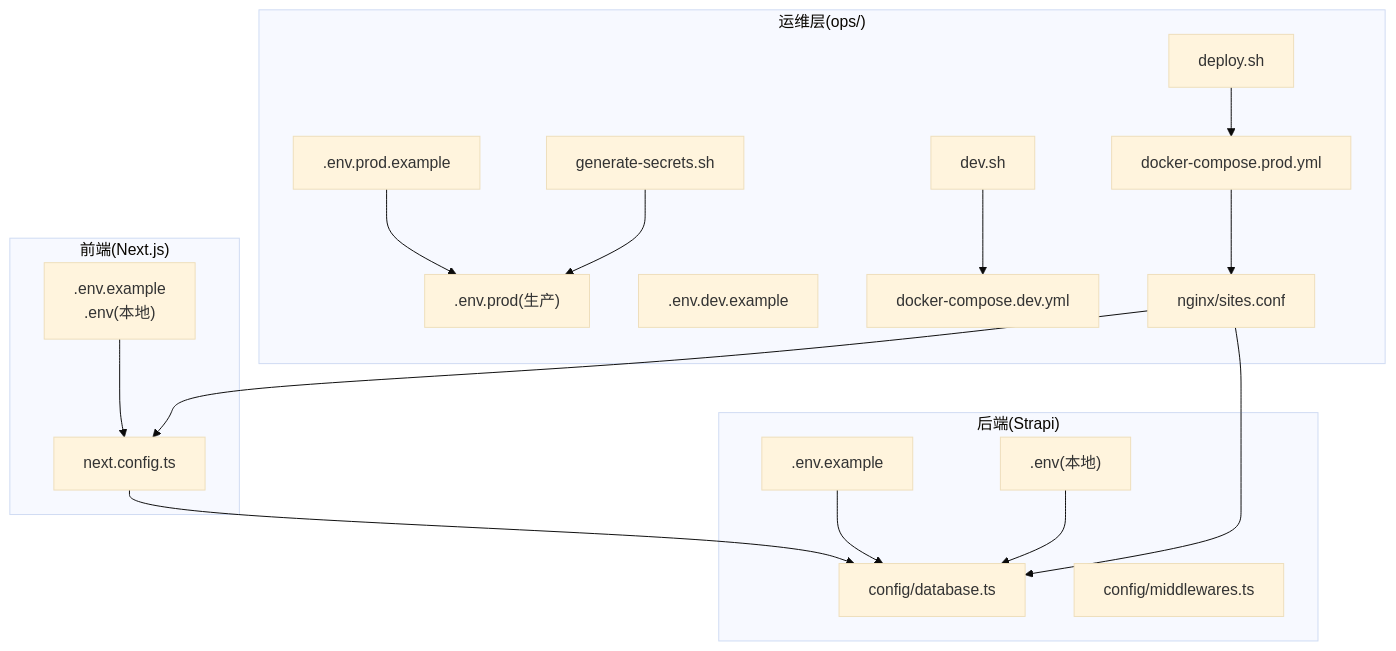
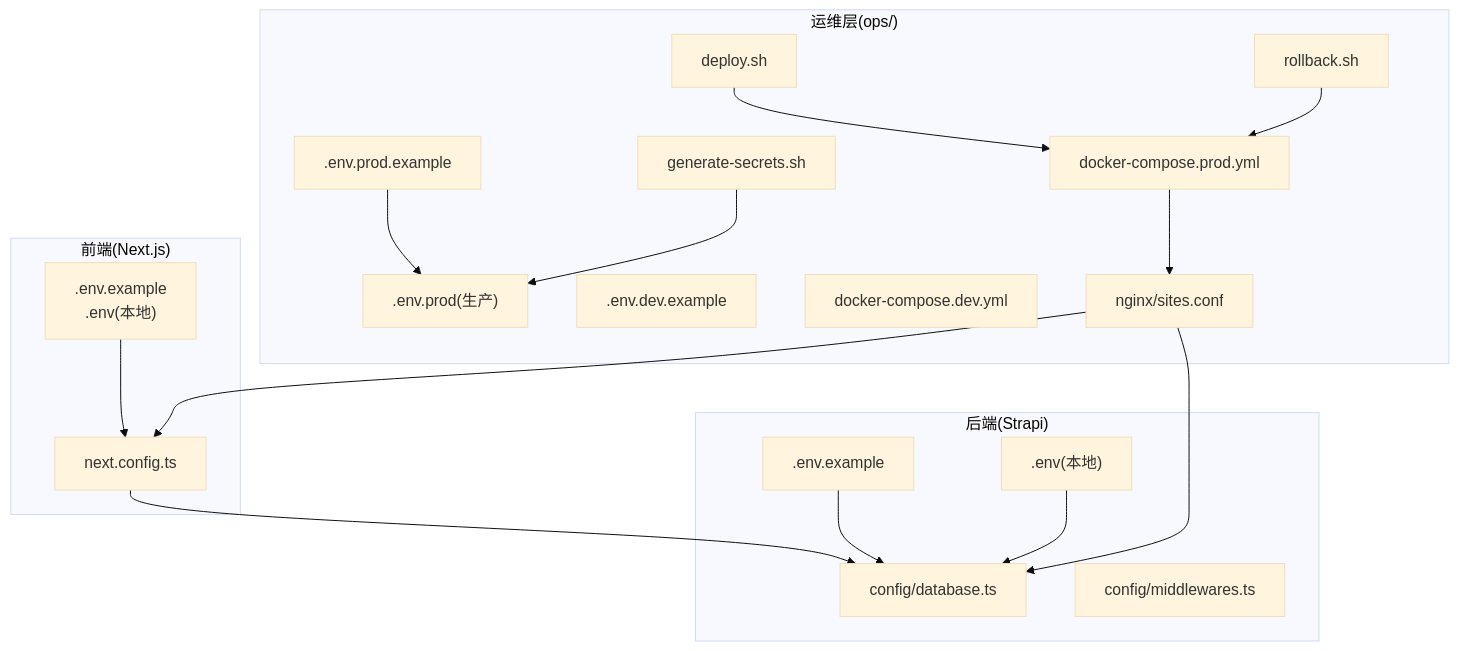
One commit to Will0253/zczk changed the first of 7 diagrams in .qoder/repowiki/zh/content/部署和运维/环境分离策略/环境变量管理.md. Above: the diagram before and after it, drawn with Mermaid (base theme). The commit also changed other lines of this file and 13 other files, not shown here.

````diff
--- a/.qoder/repowiki/zh/content/部署和运维/环境分离策略/环境变量管理.md
+++ b/.qoder/repowiki/zh/content/部署和运维/环境分离策略/环境变量管理.md
@@ -46,35 +52,35 @@
 ```mermaid
 graph TB
 subgraph "前端(Next.js)"
 FE_ENV[".env.example<br/>.env(本地)"]
 FE_CFG["next.config.ts"]
 end
 subgraph "后端(Strapi)"
 BE_EXAMPLE[".env.example"]
 BE_LOCAL[".env(本地)"]
 BE_DB["config/database.ts"]
 BE_MW["config/middlewares.ts"]
 end
 subgraph "运维层(ops/)"
 OPS_PROD_EXAMPLE[".env.prod.example"]
 OPS_PROD[".env.prod(生产)"]
 OPS_DEV_EXAMPLE[".env.dev.example"]
 OPS_GEN["generate-secrets.sh"]
 OPS_DEPLOY["deploy.sh"]
-OPS_DEV["dev.sh"]
+OPS_ROLLBACK["rollback.sh"]
 DOCKER_DEV["docker-compose.dev.yml"]
 DOCKER_PROD["docker-compose.prod.yml"]
 NGINX["nginx/sites.conf"]
 end
 FE_ENV --> FE_CFG
 FE_CFG --> BE_DB
 BE_EXAMPLE --> BE_DB
 BE_LOCAL --> BE_DB
 OPS_PROD_EXAMPLE --> OPS_PROD
 OPS_GEN --> OPS_PROD
 OPS_DEPLOY --> DOCKER_PROD
-OPS_DEV --> DOCKER_DEV
+OPS_ROLLBACK --> DOCKER_PROD
 DOCKER_PROD --> NGINX
 NGINX --> FE_CFG
 NGINX --> BE_DB
 ```
````
